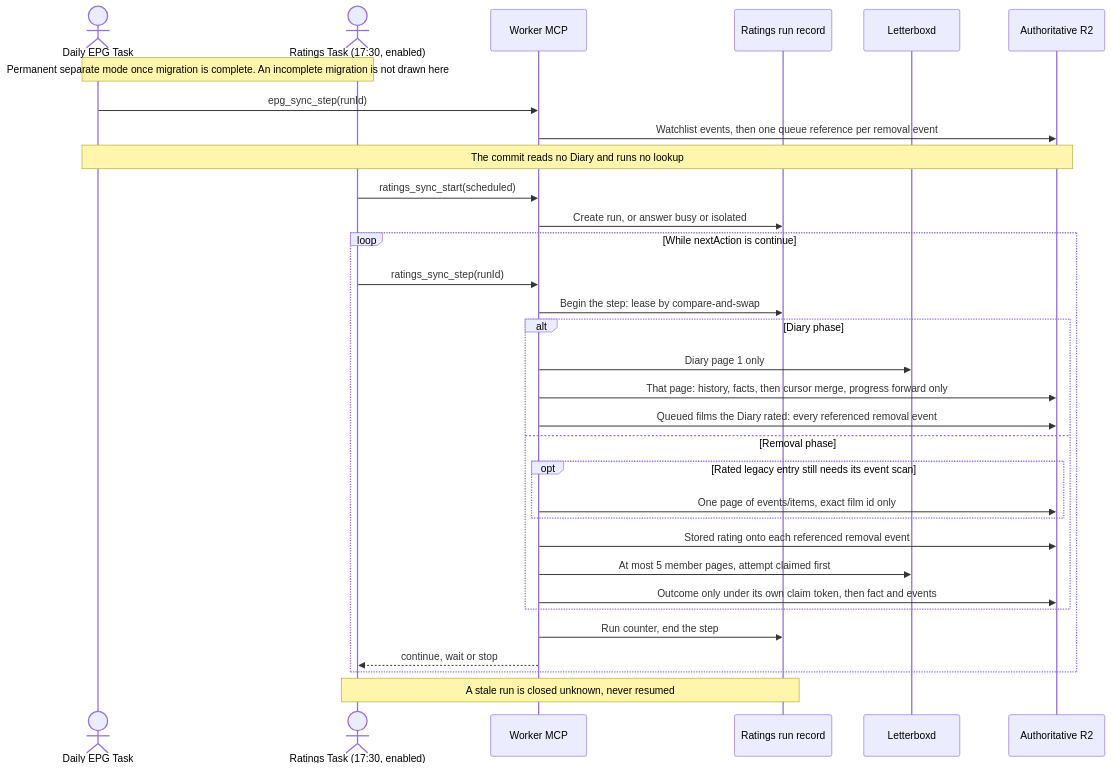
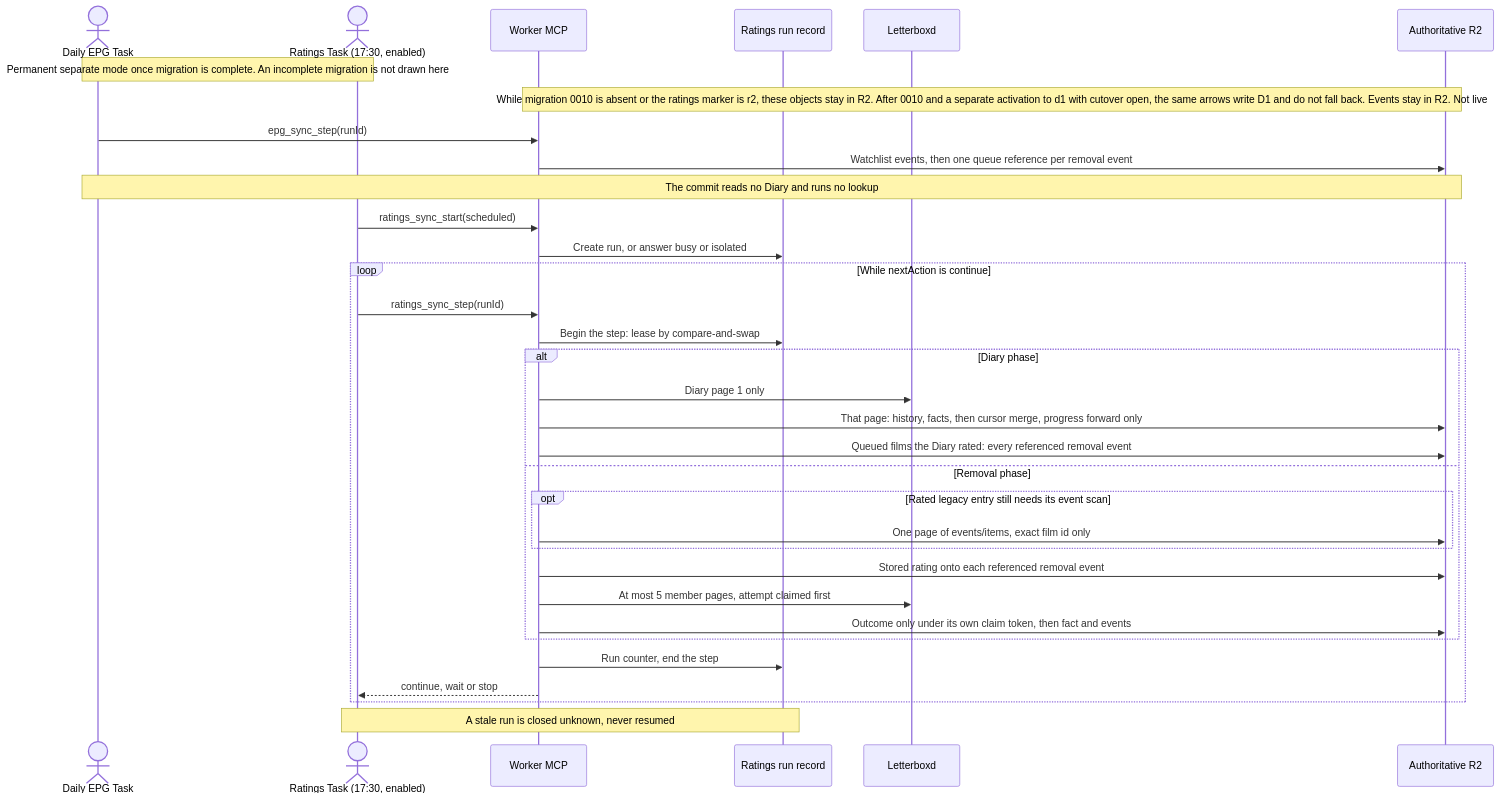
Before and after one commit to vladimino/iptv-watchlist: the fifth of 6 diagrams in docs/architecture/scheduling-and-orchestration.md, drawn with Mermaid. The commit also changed other lines of this file and 27 other files, not shown here.

````diff
--- a/docs/architecture/scheduling-and-orchestration.md
+++ b/docs/architecture/scheduling-and-orchestration.md
@@ -153,34 +153,35 @@
 ```mermaid
 sequenceDiagram
     actor Daily as Daily EPG Task
     actor Ratings as Ratings Task (17:30, enabled)
     Note over Daily,Ratings: Permanent separate mode once migration is complete. An incomplete migration is not drawn here
     participant MCP as Worker MCP
     participant Run as Ratings run record
     participant LB as Letterboxd
     participant R2 as Authoritative R2
+    Note over MCP,R2: While migration 0010 is absent or the ratings marker is r2, these objects stay in R2. After 0010 and a separate activation to d1 with cutover open, the same arrows write D1 and do not fall back. Events stay in R2. Not live
     Daily->>MCP: epg_sync_step(runId)
     MCP->>R2: Watchlist events, then one queue reference per removal event
     Note over Daily,R2: The commit reads no Diary and runs no lookup
     Ratings->>MCP: ratings_sync_start(scheduled)
     MCP->>Run: Create run, or answer busy or isolated
     loop While nextAction is continue
         Ratings->>MCP: ratings_sync_step(runId)
         MCP->>Run: Begin the step: lease by compare-and-swap
         alt Diary phase
             MCP->>LB: Diary page 1 only
             MCP->>R2: That page: history, facts, then cursor merge, progress forward only
             MCP->>R2: Queued films the Diary rated: every referenced removal event
         else Removal phase
             opt Rated legacy entry still needs its event scan
                 MCP->>R2: One page of events/items, exact film id only
             end
             MCP->>R2: Stored rating onto each referenced removal event
             MCP->>LB: At most 5 member pages, attempt claimed first
             MCP->>R2: Outcome only under its own claim token, then fact and events
         end
         MCP->>Run: Run counter, end the step
         MCP-->>Ratings: continue, wait or stop
     end
     Note over Ratings,Run: A stale run is closed unknown, never resumed
 ```
````
